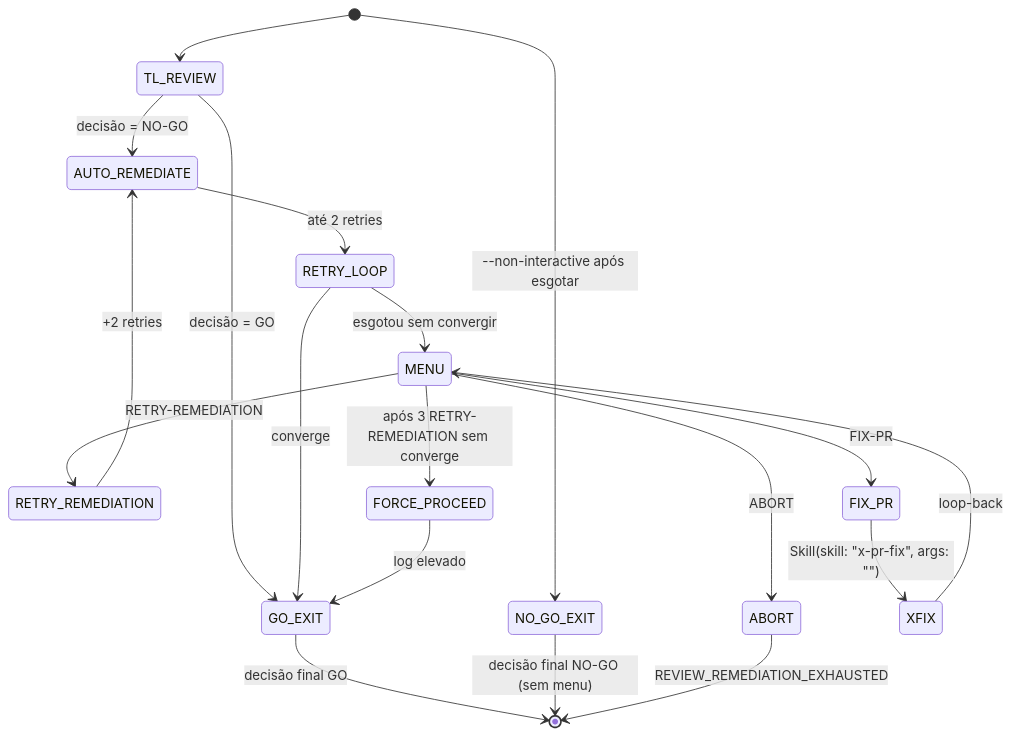
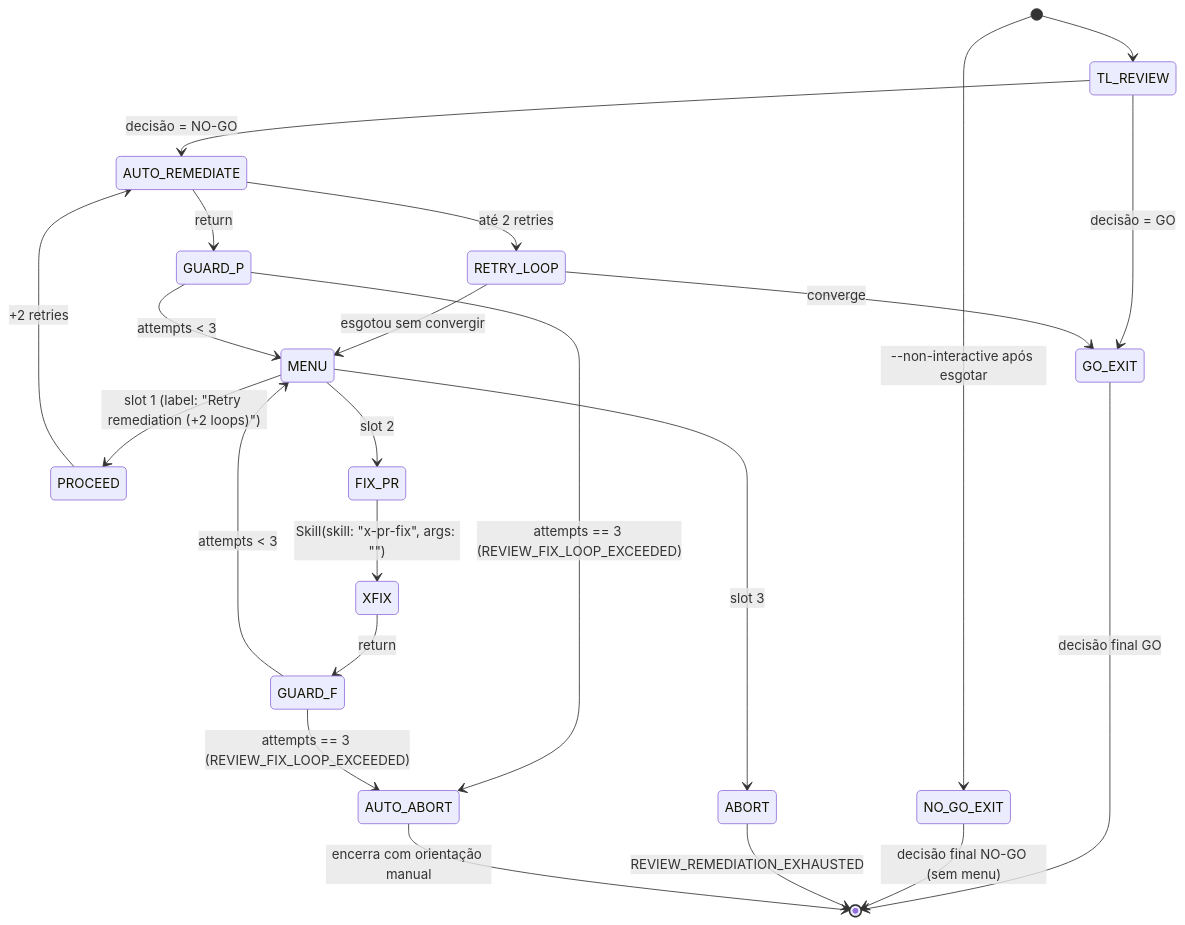
Before and after one commit to edercnj/ia-dev-environment: the diagram in plans/epic-0043/story-0043-0005.md, drawn with Mermaid. The commit also changed other lines of this file and 6 other files, not shown here.

````diff
--- a/plans/epic-0043/story-0043-0005.md
+++ b/plans/epic-0043/story-0043-0005.md
@@ -108,24 +108,29 @@
 ```mermaid
 stateDiagram-v2
     [*] --> TL_REVIEW
     TL_REVIEW --> GO_EXIT: decisão = GO
     TL_REVIEW --> AUTO_REMEDIATE: decisão = NO-GO
     AUTO_REMEDIATE --> RETRY_LOOP: até 2 retries
     RETRY_LOOP --> GO_EXIT: converge
     RETRY_LOOP --> MENU: esgotou sem convergir
     [*] --> NO_GO_EXIT: --non-interactive após esgotar
 
-    MENU --> RETRY_REMEDIATION: RETRY-REMEDIATION
-    MENU --> FIX_PR: FIX-PR
-    MENU --> ABORT: ABORT
-    MENU --> FORCE_PROCEED: após 3 RETRY-REMEDIATION sem converge
+    MENU --> PROCEED: slot 1 (label: "Retry remediation (+2 loops)")
+    MENU --> FIX_PR: slot 2
+    MENU --> ABORT: slot 3
 
-    RETRY_REMEDIATION --> AUTO_REMEDIATE: +2 retries
+    PROCEED --> AUTO_REMEDIATE: +2 retries
+    AUTO_REMEDIATE --> GUARD_P: return
+    GUARD_P --> MENU: attempts < 3
+    GUARD_P --> AUTO_ABORT: attempts == 3 (REVIEW_FIX_LOOP_EXCEEDED)
+
     FIX_PR --> XFIX: Skill(skill: "x-pr-fix", args: "<PR>")
-    XFIX --> MENU: loop-back
+    XFIX --> GUARD_F: return
+    GUARD_F --> MENU: attempts < 3
+    GUARD_F --> AUTO_ABORT: attempts == 3 (REVIEW_FIX_LOOP_EXCEEDED)
 
     GO_EXIT --> [*]: decisão final GO
     NO_GO_EXIT --> [*]: decisão final NO-GO (sem menu)
     ABORT --> [*]: REVIEW_REMEDIATION_EXHAUSTED
-    FORCE_PROCEED --> GO_EXIT: log elevado
+    AUTO_ABORT --> [*]: encerra com orientação manual
 ```
````
